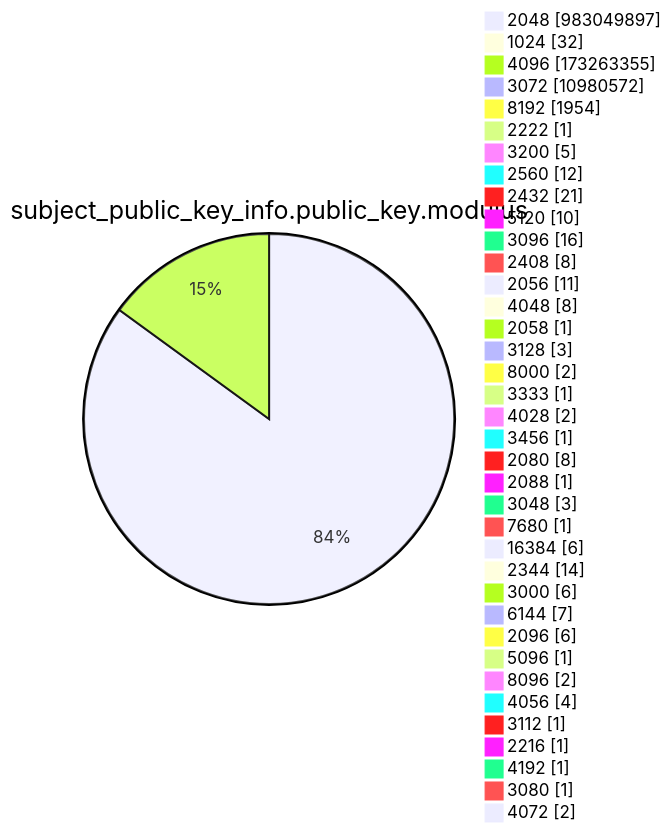
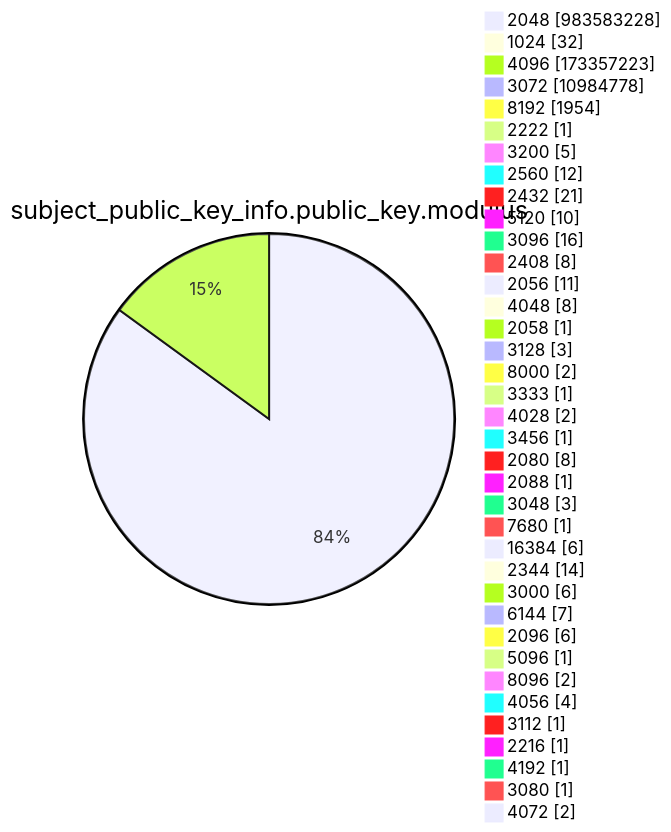
Diagram 13 of 15 in argon2022/README.md (christiankrug/ctmonitor_visualization), drawn with Mermaid before and after one commit. The commit also changed other lines of this file, not shown here.

````diff
--- a/argon2022/README.md
+++ b/argon2022/README.md
@@ -3587,41 +3587,41 @@
 ```mermaid
 pie showData
 title subject_public_key_info.public_key.modulus
-"2048" :983049897
+"2048" :983583228
 "1024" :32
-"4096" :173263355
-"3072" :10980572
+"4096" :173357223
+"3072" :10984778
 "8192" :1954
 "2222" :1
 "3200" :5
 "2560" :12
 "2432" :21
 "5120" :10
 "3096" :16
 "2408" :8
 "2056" :11
 "4048" :8
 "2058" :1
 "3128" :3
 "8000" :2
 "3333" :1
 "4028" :2
 "3456" :1
 "2080" :8
 "2088" :1
 "3048" :3
 "7680" :1
 "16384" :6
 "2344" :14
 "3000" :6
 "6144" :7
 "2096" :6
 "5096" :1
 "8096" :2
 "4056" :4
 "3112" :1
 "2216" :1
 "4192" :1
 "3080" :1
 "4072" :2
 ```
````
